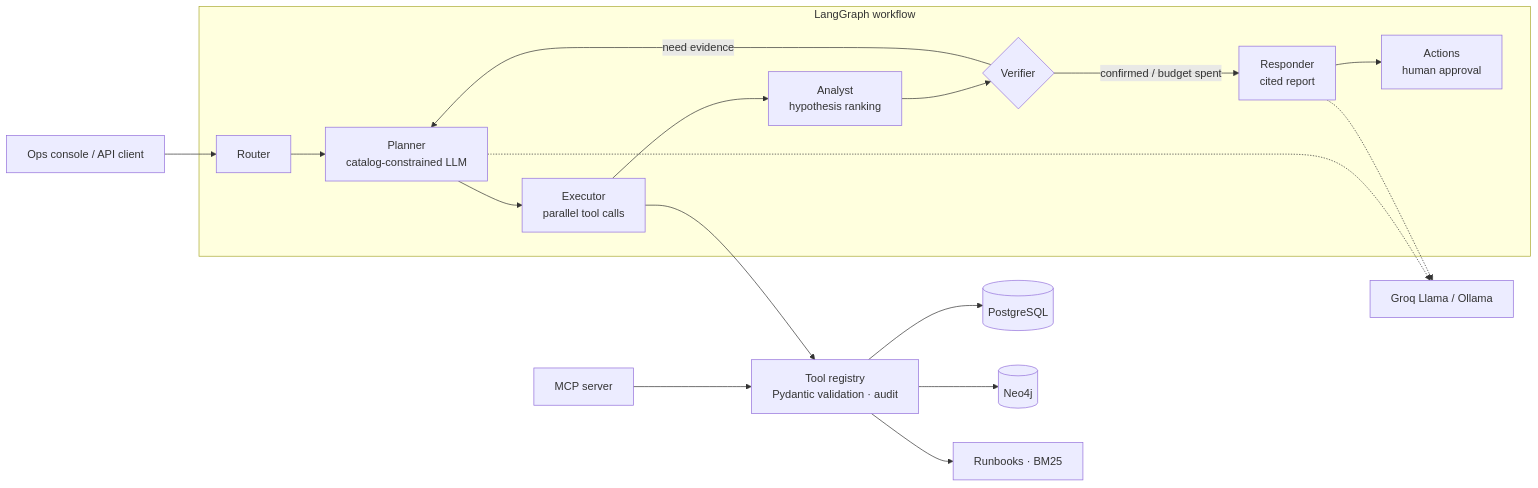
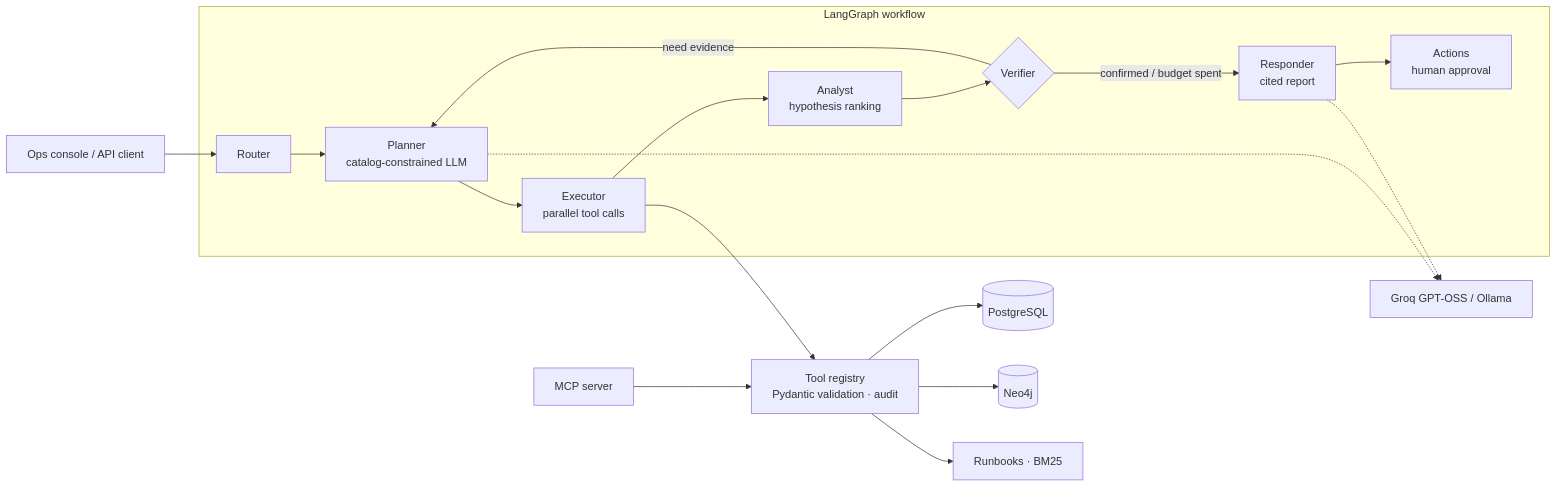
Before and after one commit to raj75114043-design/agentic-rca-platform: the diagram in README.md, drawn with Mermaid. The commit also changed other lines of this file and 4 other files, not shown here.

First line of the commit message:
Switch Groq default to open-weight openai/gpt-oss-120b

````diff
--- a/README.md
+++ b/README.md
@@ -43,20 +43,20 @@
 ```mermaid
 flowchart LR
     U[Ops console / API client] --> R[Router]
     subgraph LangGraph workflow
       R --> P[Planner<br/>catalog-constrained LLM]
       P --> X[Executor<br/>parallel tool calls]
       X --> A[Analyst<br/>hypothesis ranking]
       A --> V{Verifier}
       V -- need evidence --> P
       V -- confirmed / budget spent --> W[Responder<br/>cited report]
       W --> H[Actions<br/>human approval]
     end
     X --> T[Tool registry<br/>Pydantic validation · audit]
     M[MCP server] --> T
     T --> DB[(PostgreSQL)]
     T --> G[(Neo4j)]
     T --> RB[Runbooks · BM25]
-    P -.-> L[Groq Llama / Ollama]
+    P -.-> L[Groq GPT-OSS / Ollama]
     W -.-> L
 ```
````
